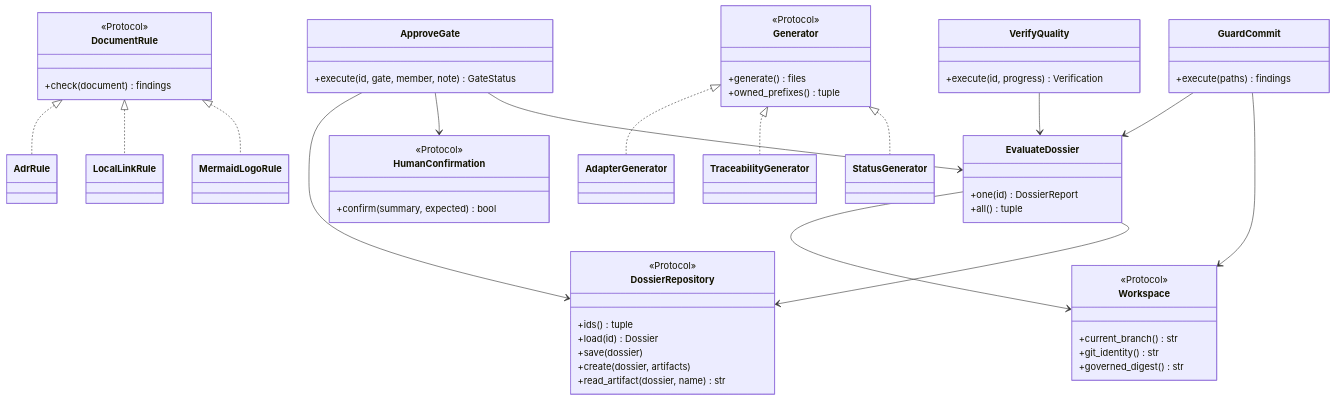
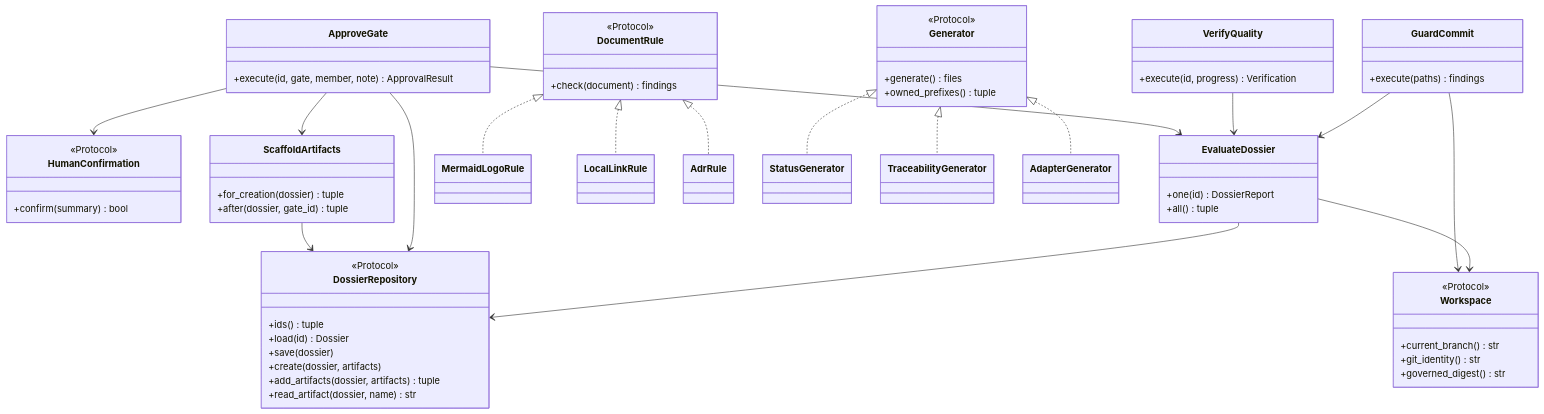
The sixth of 8 diagrams in specs/000-sdd-harness/teaching-guide.md (IAugustoMZ/orion_chemicals_data_platform), drawn with Mermaid before and after one commit. The commit also changed other lines of this file and 51 other files, not shown here.

````diff
--- a/specs/000-sdd-harness/teaching-guide.md
+++ b/specs/000-sdd-harness/teaching-guide.md
@@ -354,57 +354,64 @@
 ```mermaid
 classDiagram
     class DossierRepository {
         <<Protocol>>
         +ids() tuple
         +load(id) Dossier
         +save(dossier)
         +create(dossier, artifacts)
+        +add_artifacts(dossier, artifacts) tuple
         +read_artifact(dossier, name) str
     }
     class Workspace {
         <<Protocol>>
         +current_branch() str
         +git_identity() str
         +governed_digest() str
     }
     class HumanConfirmation {
         <<Protocol>>
-        +confirm(summary, expected) bool
+        +confirm(summary) bool
     }
     class EvaluateDossier {
         +one(id) DossierReport
         +all() tuple
     }
     class ApproveGate {
-        +execute(id, gate, member, note) GateStatus
+        +execute(id, gate, member, note) ApprovalResult
+    }
+    class ScaffoldArtifacts {
+        +for_creation(dossier) tuple
+        +after(dossier, gate_id) tuple
     }
     class VerifyQuality {
         +execute(id, progress) Verification
     }
     class GuardCommit {
         +execute(paths) findings
     }
     class DocumentRule {
         <<Protocol>>
         +check(document) findings
     }
     class Generator {
         <<Protocol>>
         +generate() files
         +owned_prefixes() tuple
     }
     ApproveGate --> EvaluateDossier
     ApproveGate --> HumanConfirmation
+    ApproveGate --> ScaffoldArtifacts
+    ScaffoldArtifacts --> DossierRepository
     ApproveGate --> DossierRepository
     VerifyQuality --> EvaluateDossier
     GuardCommit --> Workspace
     GuardCommit --> EvaluateDossier
     EvaluateDossier --> DossierRepository
     EvaluateDossier --> Workspace
     DocumentRule <|.. MermaidLogoRule
     DocumentRule <|.. LocalLinkRule
     DocumentRule <|.. AdrRule
     Generator <|.. StatusGenerator
     Generator <|.. TraceabilityGenerator
     Generator <|.. AdapterGenerator
 ```
````
